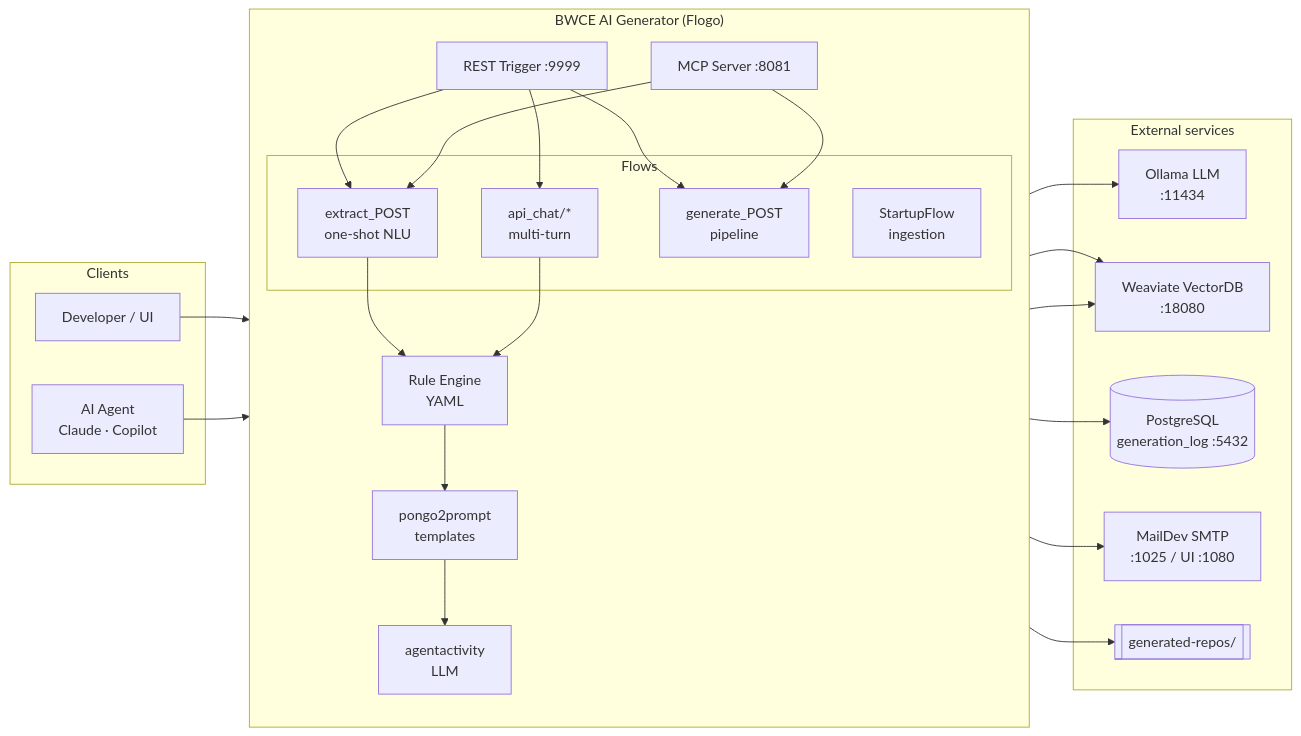
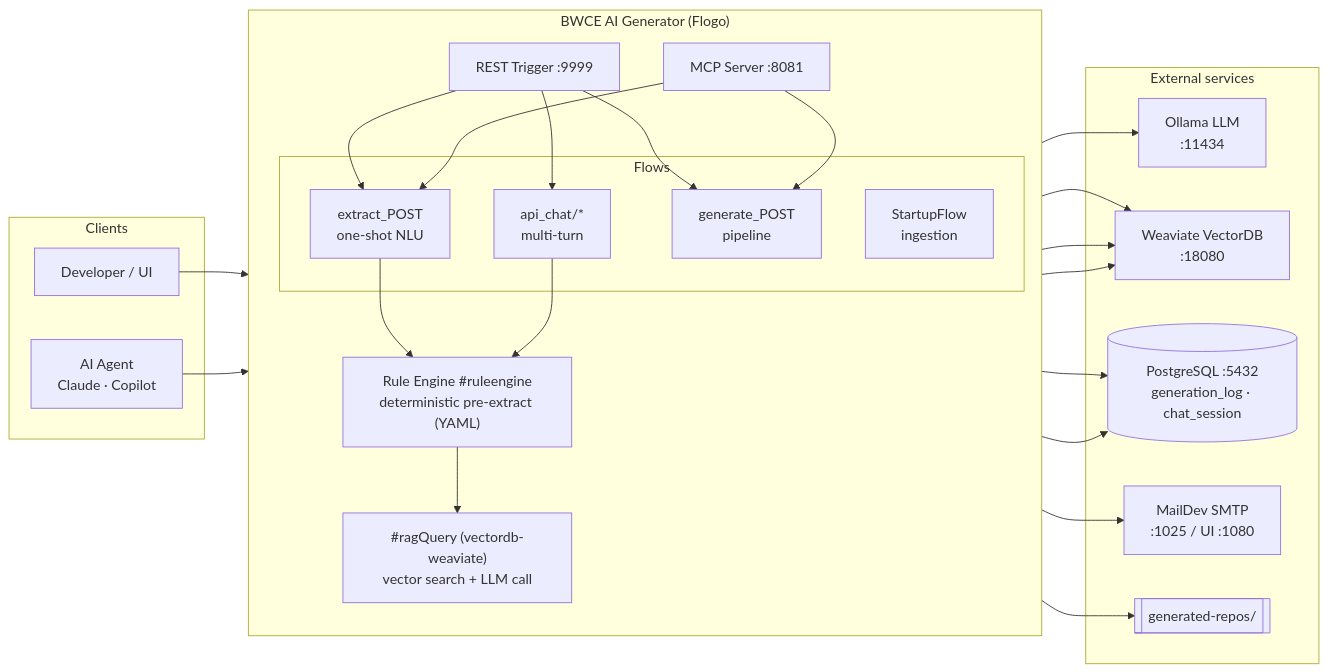
Before and after one commit to mpandav-tibco/ai-template-generator: the first of 2 diagrams in README.md, drawn with Mermaid. The commit also changed other lines of this file, not shown here.

First line of the commit message:
docs: align README architecture diagram + flows with implementation

````diff
--- a/README.md
+++ b/README.md
@@ -24,41 +24,43 @@
 ```mermaid
 flowchart LR
     subgraph Clients
         U[Developer / UI]
         AG[AI Agent<br/>Claude · Copilot]
     end
 
     subgraph App["BWCE AI Generator (Flogo)"]
         direction TB
         REST["REST Trigger :9999"]
         MCP["MCP Server :8081"]
         subgraph Flows
             EX["extract_POST<br/>one-shot NLU"]
             CHAT["api_chat/*<br/>multi-turn"]
             GEN["generate_POST<br/>pipeline"]
             START["StartupFlow<br/>ingestion"]
         end
-        RULES["Rule Engine<br/>YAML"]
-        PROMPT["pongo2prompt<br/>templates"]
-        AGENT["agentactivity<br/>LLM"]
+        RULES["Rule Engine #ruleengine<br/>deterministic pre-extract (YAML)"]
+        RAG["#ragQuery (vectordb-weaviate)<br/>vector search + LLM call"]
     end
 
     subgraph Deps["External services"]
         OLL["Ollama LLM<br/>:11434"]
         WV["Weaviate VectorDB<br/>:18080"]
-        PG[("PostgreSQL<br/>generation_log :5432")]
+        PG[("PostgreSQL :5432<br/>generation_log · chat_session")]
         MAIL["MailDev SMTP<br/>:1025 / UI :1080"]
         FS[["generated-repos/"]]
     end
 
     U --> REST
     AG --> MCP
     REST --> EX & CHAT & GEN
     MCP --> EX & GEN
-    EX & CHAT --> RULES --> PROMPT --> AGENT --> OLL
+    EX & CHAT --> RULES --> RAG
+    RAG --> WV
+    RAG --> OLL
+    CHAT --> PG
     START --> WV
     GEN --> WV
     GEN --> PG
     GEN --> FS
     GEN --> MAIL
 ```
````
